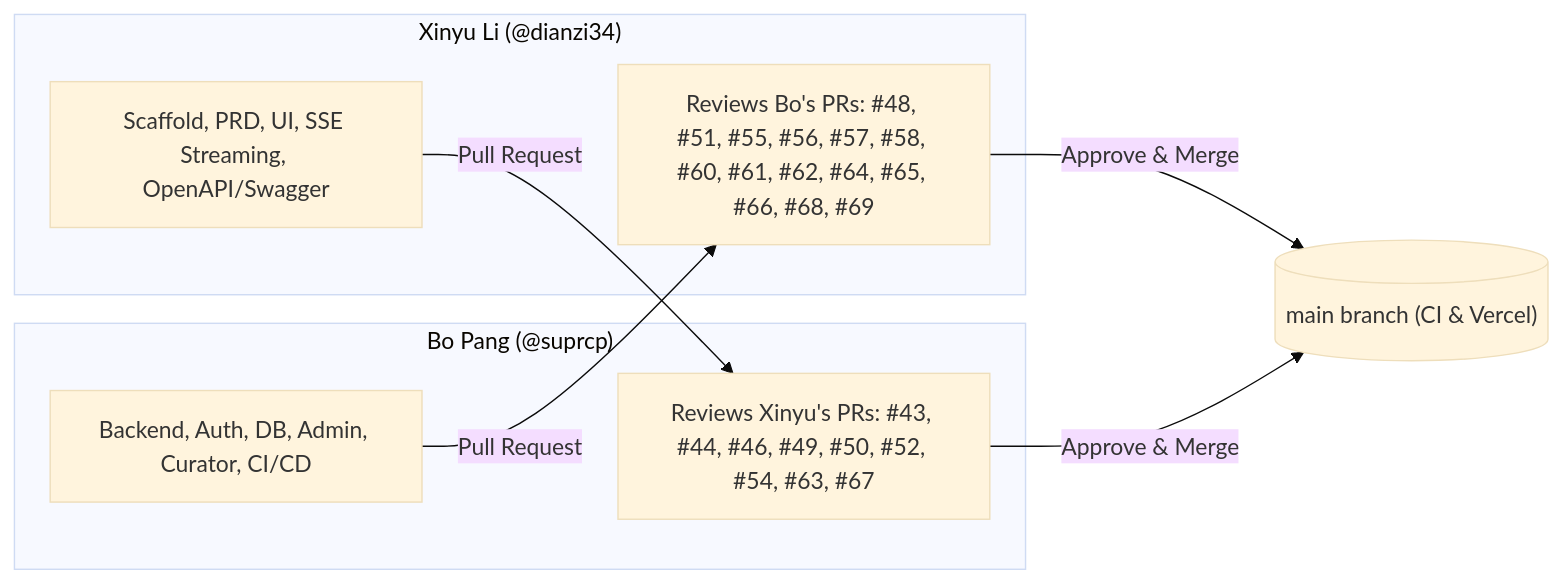
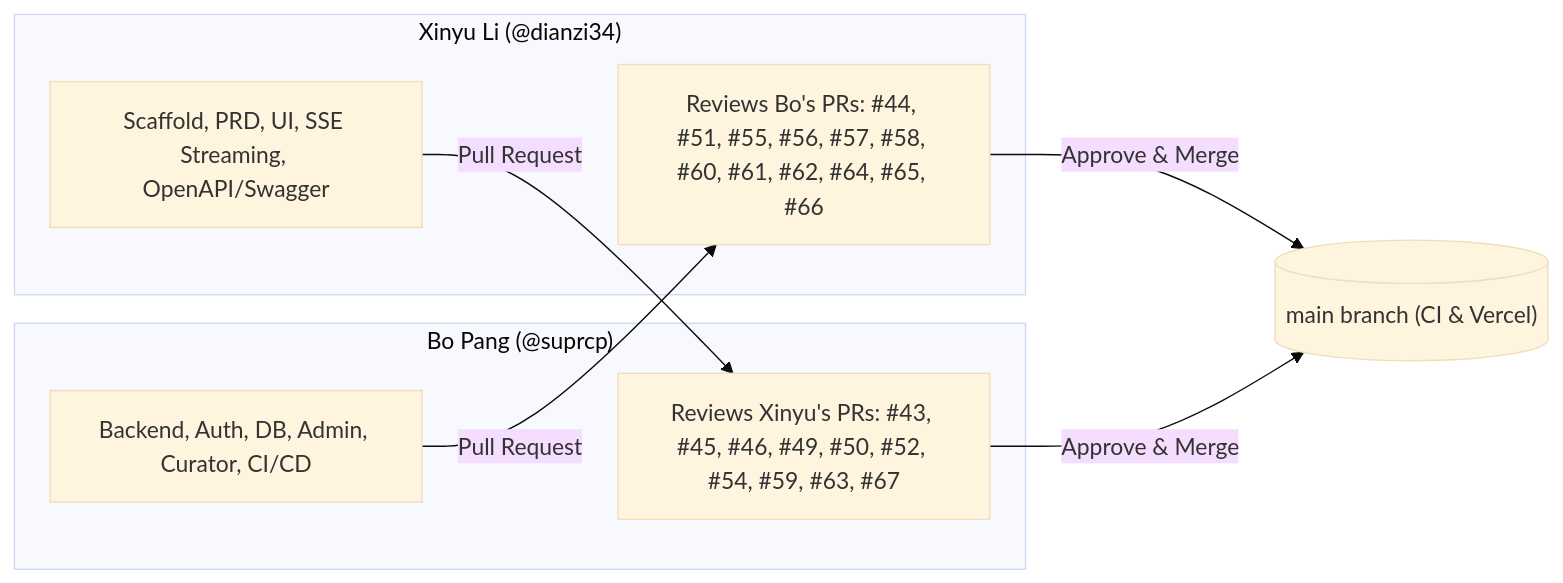
The diagram in docs/contributions.md (dianzi34/sagetable), drawn with Mermaid (base theme) before and after one commit. The commit also changed other lines of this file, not shown here.

Commit message:
fix(contributions): correct PR cross-references and pending review statuses (#40)

````diff
--- a/docs/contributions.md
+++ b/docs/contributions.md
@@ -100,17 +106,17 @@
 ```mermaid
 flowchart LR
     subgraph Bo["Bo Pang (@suprcp)"]
         B_Code["Backend, Auth, DB, Admin, Curator, CI/CD"]
-        B_Review["Reviews Xinyu's PRs: #43, #44, #46, #49, #50, #52, #54, #63, #67"]
+        B_Review["Reviews Xinyu's PRs: #43, #45, #46, #49, #50, #52, #54, #59, #63, #67"]
     end
 
     subgraph Xinyu["Xinyu Li (@dianzi34)"]
         X_Code["Scaffold, PRD, UI, SSE Streaming, OpenAPI/Swagger"]
-        X_Review["Reviews Bo's PRs: #48, #51, #55, #56, #57, #58, #60, #61, #62, #64, #65, #66, #68, #69"]
+        X_Review["Reviews Bo's PRs: #44, #51, #55, #56, #57, #58, #60, #61, #62, #64, #65, #66"]
     end
 
     B_Code -->|Pull Request| X_Review
     X_Review -->|Approve & Merge| Main[("main branch (CI & Vercel)")]
     X_Code -->|Pull Request| B_Review
     B_Review -->|Approve & Merge| Main
 ```
````
